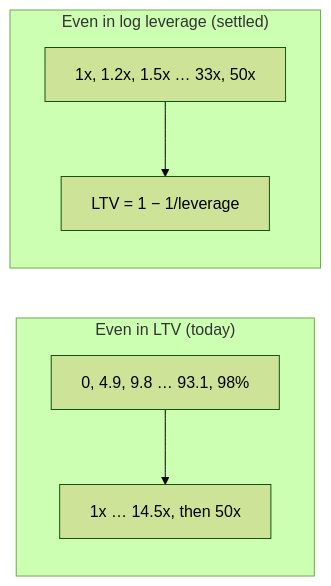
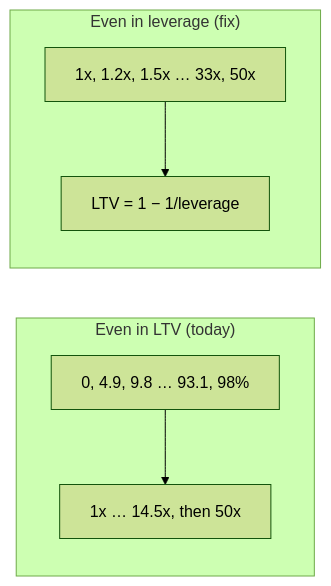
The third of 5 diagrams in docs/plan.md (vibqetowi/leveraged-investing-simulator), drawn with Mermaid (forest theme) before and after one commit. The commit also changed other lines of this file and 1 other file, not shown here.

````diff
--- a/docs/plan.md
+++ b/docs/plan.md
@@ -604,9 +421,9 @@
 ```mermaid
 flowchart LR
     subgraph Now["Even in LTV (today)"]
         N1["0, 4.9, 9.8 … 93.1, 98%"] --> N2["1x … 14.5x, then 50x"]
     end
-    subgraph New["Even in log leverage (settled)"]
+    subgraph New["Even in leverage (fix)"]
         M1["1x, 1.2x, 1.5x … 33x, 50x"] --> M2["LTV = 1 − 1/leverage"]
     end
 ```
````
